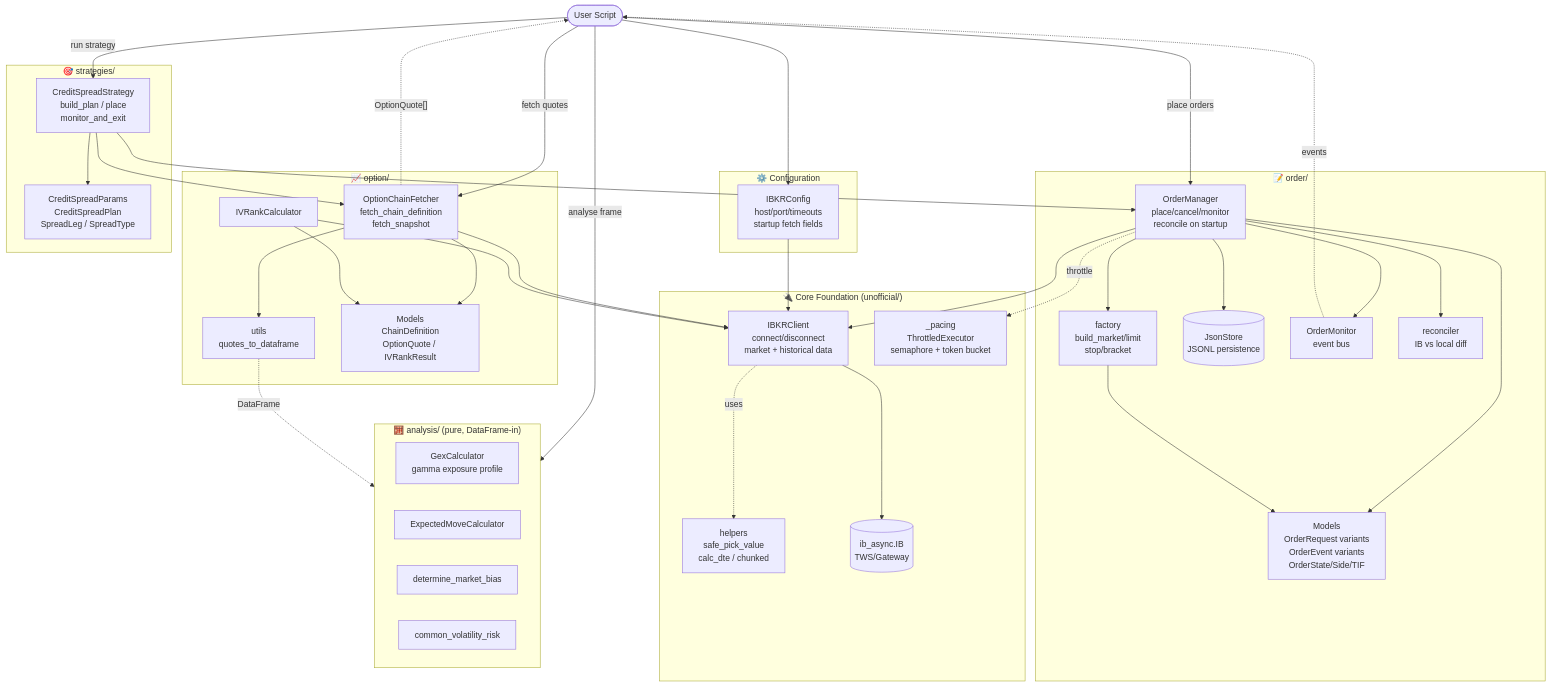
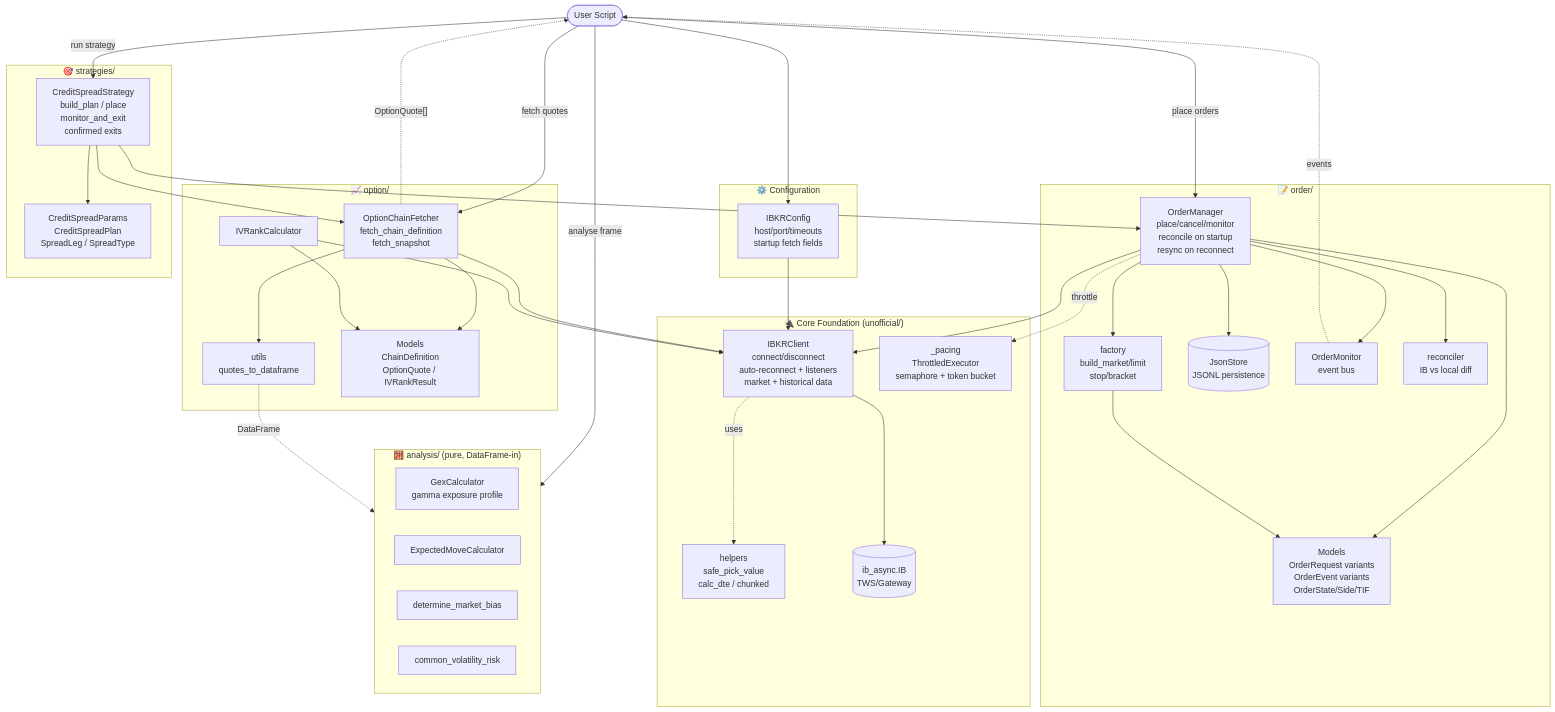
The diagram in docs/diagram.mmd (bigbossguru/ibtws), drawn with Mermaid before and after one commit. The commit also changed 36 other files, not shown here.

```diff
--- a/docs/diagram.mmd
+++ b/docs/diagram.mmd
@@ -1,75 +1,75 @@
 flowchart TB
     User([User Script])
 
     subgraph Config["⚙️ Configuration"]
         IBKRConfig[IBKRConfig<br/>host/port/timeouts<br/>startup fetch fields]
     end
 
     subgraph Core["🔌 Core Foundation (unofficial/)"]
-        Client[IBKRClient<br/>connect/disconnect<br/>market + historical data]
+        Client[IBKRClient<br/>connect/disconnect<br/>auto-reconnect + listeners<br/>market + historical data]
         Pacing[_pacing<br/>ThrottledExecutor<br/>semaphore + token bucket]
         Helpers[helpers<br/>safe_pick_value<br/>calc_dte / chunked]
         IB[(ib_async.IB<br/>TWS/Gateway)]
     end
 
     subgraph Options["📈 option/"]
         ChainFetcher[OptionChainFetcher<br/>fetch_chain_definition<br/>fetch_snapshot]
         IVRank[IVRankCalculator]
         OptUtils[utils<br/>quotes_to_dataframe]
         OptModels[Models<br/>ChainDefinition<br/>OptionQuote / IVRankResult]
     end
 
     subgraph Orders["📝 order/"]
-        OrderMgr[OrderManager<br/>place/cancel/monitor<br/>reconcile on startup]
+        OrderMgr[OrderManager<br/>place/cancel/monitor<br/>reconcile on startup<br/>resync on reconnect]
         Factory[factory<br/>build_market/limit<br/>stop/bracket]
         Store[(JsonStore<br/>JSONL persistence)]
         Monitor[OrderMonitor<br/>event bus]
         Reconciler[reconciler<br/>IB vs local diff]
         OrdModels[Models<br/>OrderRequest variants<br/>OrderEvent variants<br/>OrderState/Side/TIF]
     end
 
     subgraph Analysis["🧮 analysis/ (pure, DataFrame-in)"]
         Gex[GexCalculator<br/>gamma exposure profile]
         ExpMove[ExpectedMoveCalculator]
         Bias[determine_market_bias]
         VolRisk[common_volatility_risk]
     end
 
     subgraph Strategies["🎯 strategies/"]
-        CreditSpread[CreditSpreadStrategy<br/>build_plan / place<br/>monitor_and_exit]
+        CreditSpread[CreditSpreadStrategy<br/>build_plan / place<br/>monitor_and_exit<br/>confirmed exits]
         StratModels[CreditSpreadParams<br/>CreditSpreadPlan<br/>SpreadLeg / SpreadType]
     end
 
     User --> IBKRConfig
     IBKRConfig --> Client
     Client --> IB
     Client -.uses.-> Helpers
 
     User -->|fetch quotes| ChainFetcher
     User -->|place orders| OrderMgr
     User -->|run strategy| CreditSpread
     User -->|analyse frame| Analysis
 
     ChainFetcher --> Client
     ChainFetcher --> OptModels
     ChainFetcher --> OptUtils
     IVRank --> Client
     IVRank --> OptModels
 
     OrderMgr --> Client
     OrderMgr -.throttle.-> Pacing
     OrderMgr --> Factory
     OrderMgr --> Store
     OrderMgr --> Monitor
     OrderMgr --> Reconciler
     OrderMgr --> OrdModels
     Factory --> OrdModels
 
     CreditSpread --> ChainFetcher
     CreditSpread --> OrderMgr
     CreditSpread --> StratModels
 
     OptUtils -.DataFrame.-> Analysis
 
     Monitor -.events.-> User
     ChainFetcher -.OptionQuote[].-> User
```
